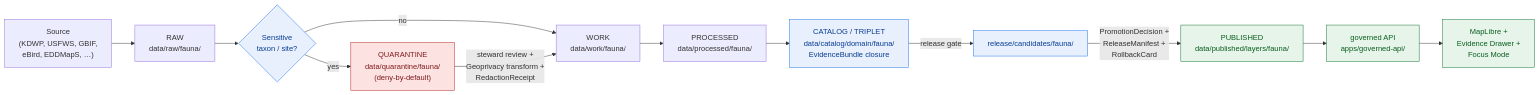
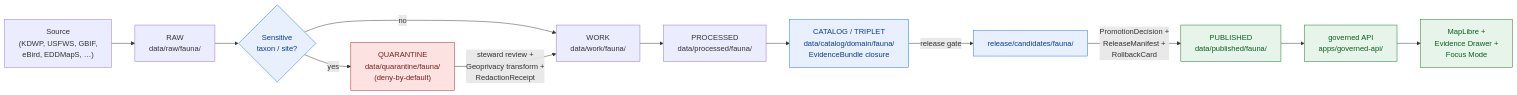
One commit to bartytime4life/Kansas-Frontier-Matrix changed the diagram in docs/domains/fauna/README.md. Above: the diagram before and after it, drawn with Mermaid. The commit also changed other lines of this file, not shown here.

Commit message:
docs(fauna): ground lane status in current evidence

````diff
--- a/docs/domains/fauna/README.md
+++ b/docs/domains/fauna/README.md
@@ -285,22 +246,22 @@
 ```mermaid
 flowchart LR
   A["Source<br/>(KDWP, USFWS, GBIF,<br/>eBird, EDDMapS, …)"] --> B["RAW<br/>data/raw/fauna/"]
   B --> C{"Sensitive<br/>taxon / site?"}
   C -- "yes" --> Q["QUARANTINE<br/>data/quarantine/fauna/<br/>(deny-by-default)"]
   C -- "no" --> W["WORK<br/>data/work/fauna/"]
   Q -- "steward review +<br/>Geoprivacy transform +<br/>RedactionReceipt" --> W
   W --> P["PROCESSED<br/>data/processed/fauna/"]
   P --> K["CATALOG / TRIPLET<br/>data/catalog/domain/fauna/<br/>EvidenceBundle closure"]
   K -- "release gate" --> RC["release/candidates/fauna/"]
-  RC -- "PromotionDecision +<br/>ReleaseManifest +<br/>RollbackCard" --> PUB["PUBLISHED<br/>data/published/layers/fauna/"]
+  RC -- "PromotionDecision +<br/>ReleaseManifest +<br/>RollbackCard" --> PUB["PUBLISHED<br/>data/published/fauna/"]
   PUB --> API["governed API<br/>apps/governed-api/"]
   API --> UI["MapLibre +<br/>Evidence Drawer +<br/>Focus Mode"]
 
   classDef deny fill:#fde2e2,stroke:#b71c1c,color:#7f1d1d;
   classDef gov fill:#e8f0fe,stroke:#1a73e8,color:#0b3d91;
   classDef pub fill:#e6f4ea,stroke:#137333,color:#0b5e1e;
 
   class Q deny;
   class C,K,RC gov;
   class PUB,API,UI pub;
 ```
````
